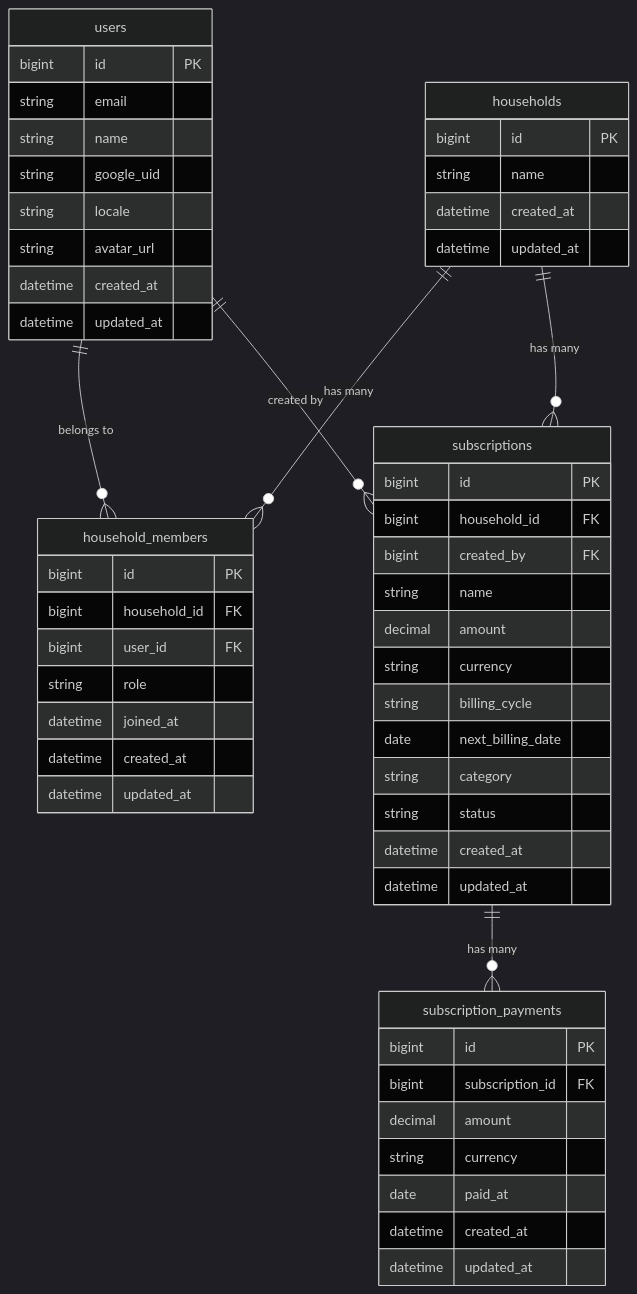
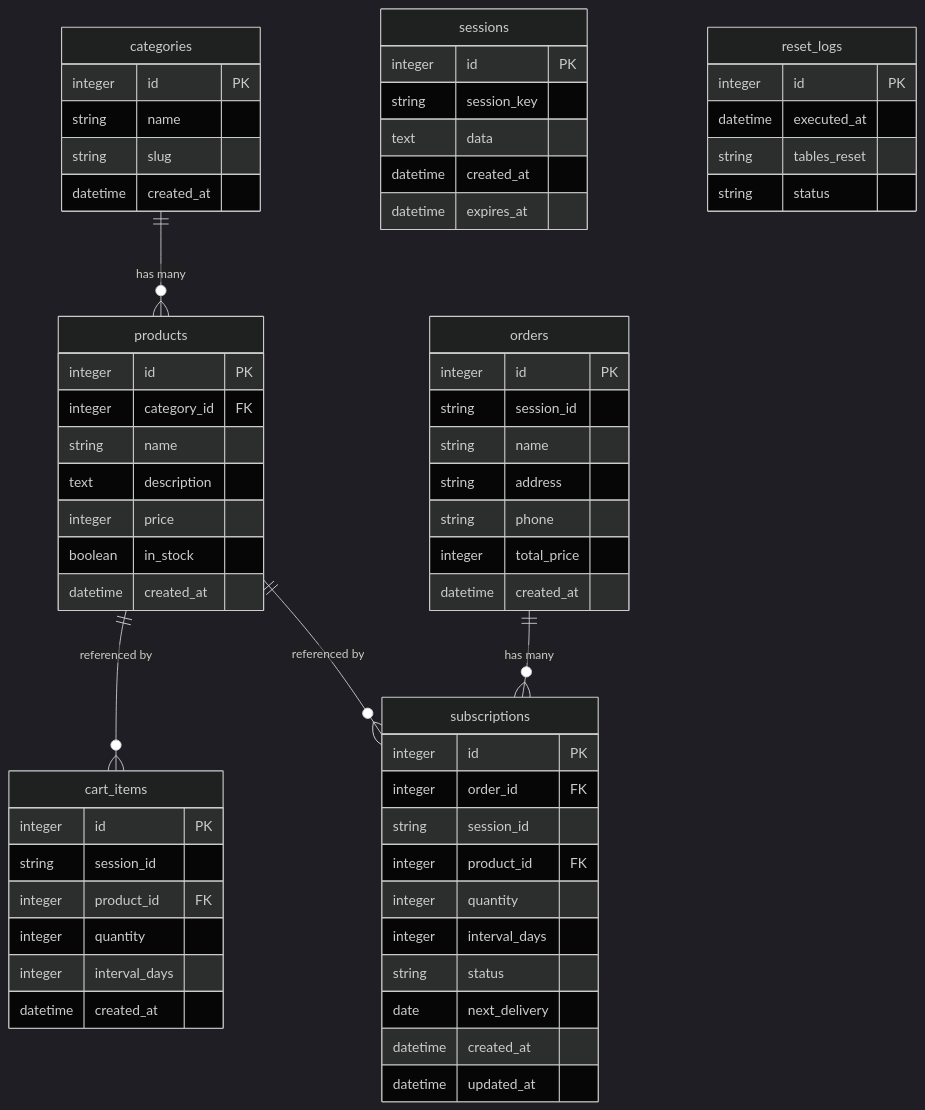
The diagram in SPEC/er-diagram.md (rictaworks/household-sub-demo), drawn with Mermaid (dark theme) before and after one commit. The commit also changed other lines of this file and 3 other files, not shown here.

````diff
--- a/SPEC/er-diagram.md
+++ b/SPEC/er-diagram.md
@@ -5,61 +10,71 @@
 ```mermaid
 erDiagram
-    users {
-        bigint id PK
-        string email
-        string name
-        string google_uid
-        string locale
-        string avatar_url
+    categories {
+        integer id PK
+        string  name
+        string  slug
+        datetime created_at
+    }
+
+    products {
+        integer  id PK
+        integer  category_id FK
+        string   name
+        text     description
+        integer  price
+        boolean  in_stock
+        datetime created_at
+    }
+
+    sessions {
+        integer  id PK
+        string   session_key
+        text     data
+        datetime created_at
+        datetime expires_at
+    }
+
+    cart_items {
+        integer  id PK
+        string   session_id
+        integer  product_id FK
+        integer  quantity
+        integer  interval_days
+        datetime created_at
+    }
+
+    orders {
+        integer  id PK
+        string   session_id
+        string   name
+        string   address
+        string   phone
+        integer  total_price
+        datetime created_at
+    }
+
+    subscriptions {
+        integer  id PK
+        integer  order_id FK
+        string   session_id
+        integer  product_id FK
+        integer  quantity
+        integer  interval_days
+        string   status
+        date     next_delivery
         datetime created_at
         datetime updated_at
     }
 
-    households {
-        bigint id PK
-        string name
-        datetime created_at
-        datetime updated_at
+    reset_logs {
+        integer  id PK
+        datetime executed_at
+        string   tables_reset
+        string   status
     }
 
-    household_members {
-        bigint id PK
-        bigint household_id FK
-        bigint user_id FK
-        string role
-        datetime joined_at
-        datetime created_at
-        datetime updated_at
-    }
-
-    subscriptions {
-        bigint id PK
-        bigint household_id FK
-        bigint created_by FK
-        string name
-        decimal amount
-        string currency
-        string billing_cycle
-        date next_billing_date
-        string category
-        string status
-        datetime created_at
-        datetime updated_at
-    }
-
-    subscription_payments {
-        bigint id PK
-        bigint subscription_id FK
-        decimal amount
-        string currency
-        date paid_at
-        datetime created_at
-        datetime updated_at
-    }
-
-    users ||--o{ household_members : "belongs to"
-    households ||--o{ household_members : "has many"
-    households ||--o{ subscriptions : "has many"
-    users ||--o{ subscriptions : "created by"
-    subscriptions ||--o{ subscription_payments : "has many"
+    categories  ||--o{ products      : "has many"
+    products    ||--o{ cart_items    : "referenced by"
+    products    ||--o{ subscriptions : "referenced by"
+    orders      ||--o{ subscriptions : "has many"
 ```
````
